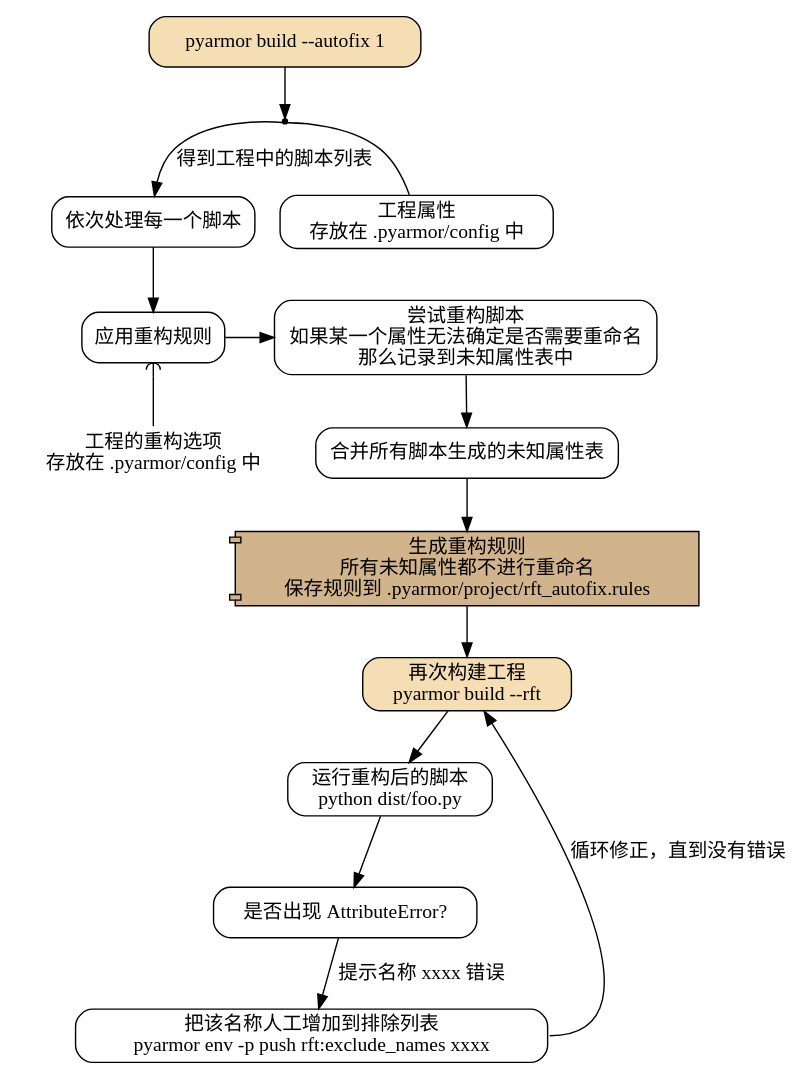
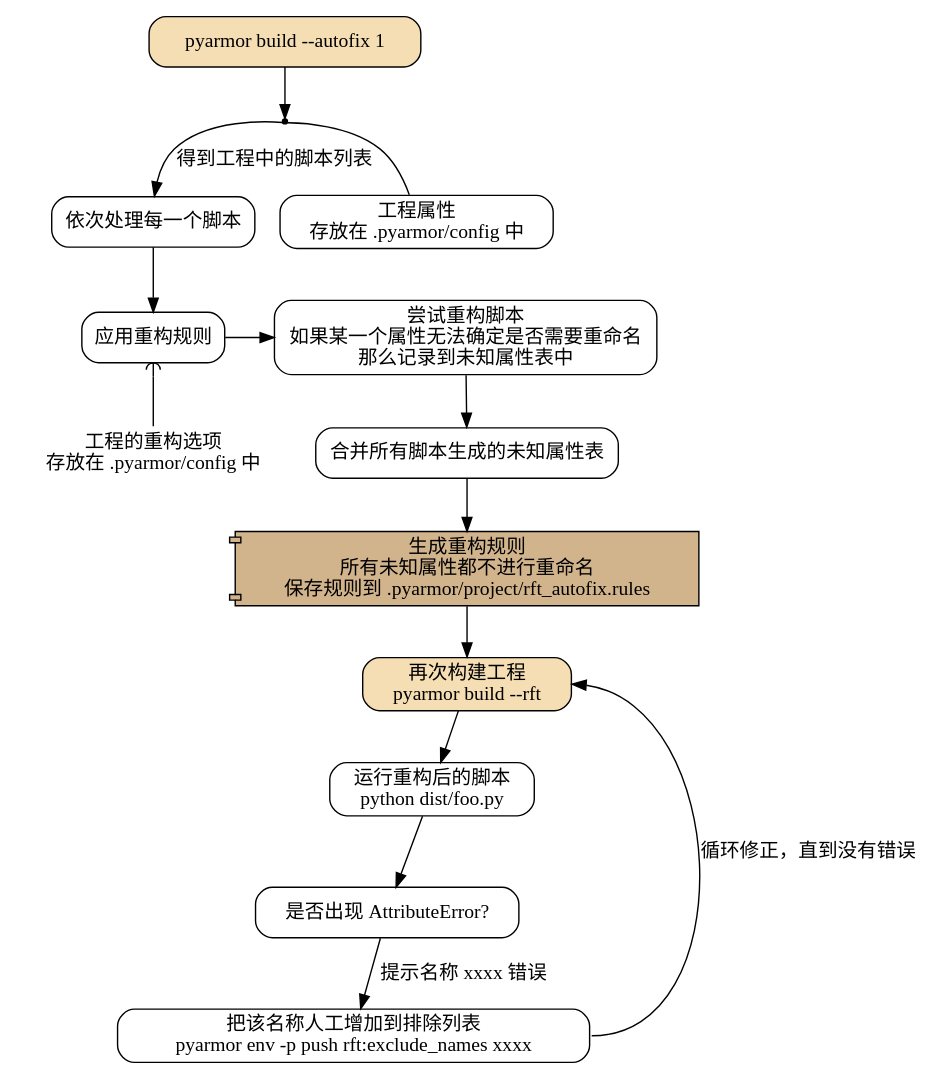
The seventh of 10 diagrams in pyarmor/learn/zh/commands.rst (dashingsoft/dashingsoft.github.io), drawn with Graphviz before and after one commit. The commit also changed other lines of this file and 3 other files, not shown here.

```diff
--- a/pyarmor/learn/zh/commands.rst
+++ b/pyarmor/learn/zh/commands.rst
@@ -190,50 +190,50 @@
 .. graphviz::
    :caption: 重构复杂脚本自动修正模式一
    :align: center
    :name: g-project-rft-autofix-1
 
    digraph G {
       node [shape=box, style=rounded, target="_top"]
 
       build [label="pyarmor build --autofix 1"
              style="filled,rounded"
              fillcolor="wheat"]
       join1 [shape=point]
 
       items [label="依次处理每一个脚本"]
 
       conf [label="工程属性\n存放在 .pyarmor/config 中"]
 
       rules [shape=plaintext
              label="工程的重构选项\n存放在 .pyarmor/config 中"]
       autofix [shape=component
                style="filled"
                fillcolor="tan"
                label="生成重构规则\n所有未知属性都不进行重命名\n保存规则到 .pyarmor/project/rft_autofix.rules"]
 
       p1 [label="应用重构规则"]
       rft [label="尝试重构脚本\n如果某一个属性无法确定是否需要重命名\n那么记录到未知属性表中"]
 
       loop [label="合并所有脚本生成的未知属性表"]
 
       build -> join1
       join1 -> conf [dir=none]
       join1 -> items [label="得到工程中的脚本列表"]
       items -> p1
       rank=same { p1 -> rft }
       p1 -> rules [arrowtail=curve dir=back]
 
       rft -> loop -> autofix
 
       rebuild [style="filled,rounded"
                fillcolor="wheat"
                label="再次构建工程\npyarmor build --rft"]
       test [label="运行重构后的脚本\npython dist/foo.py"]
       fb [label="是否出现 AttributeError?"]
       f2 [label="把该名称人工增加到排除列表\npyarmor env -p push rft:exclude_names xxxx"]
 
       autofix -> rebuild -> test -> fb
 
       fb -> f2 [label="提示名称 xxxx 错误"]
-      f2 -> rebuild [label="循环修正，直到没有错误" headport=3 tailport=e]
+      f2 -> rebuild [label="循环修正，直到没有错误" headport=e tailport=e]
    }
```
